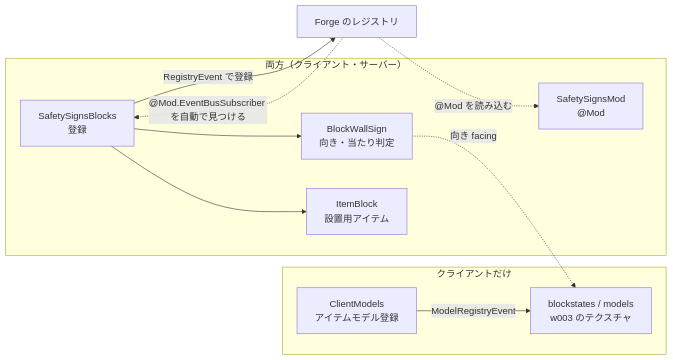
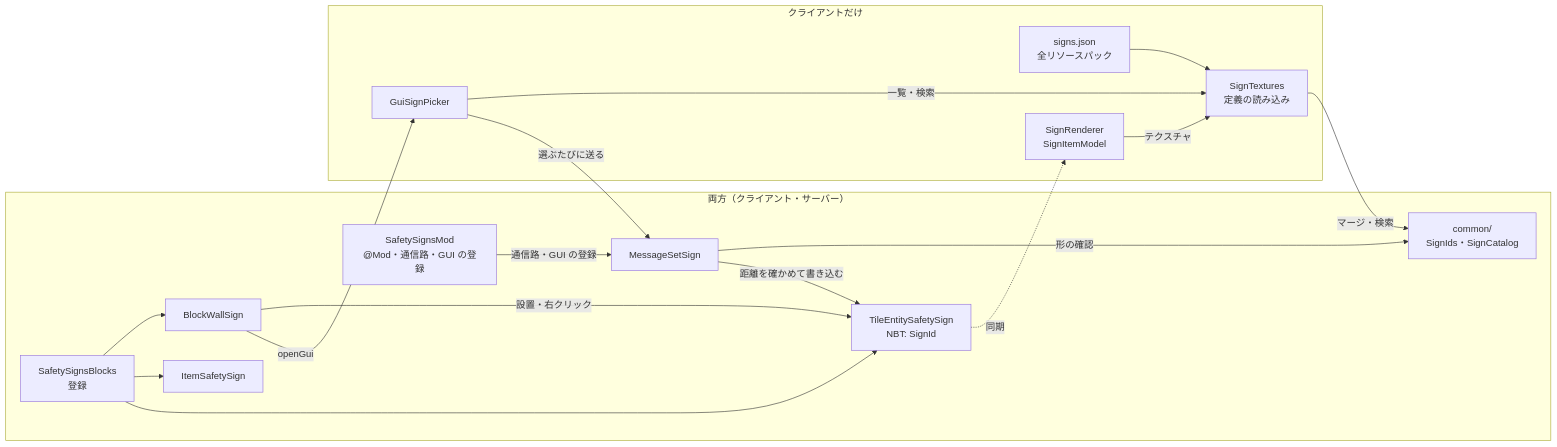
The first of 2 diagrams in doc/architecture.md (zeusisgood/safetysigns), drawn with Mermaid before and after one commit. The commit also changed other lines of this file and 49 other files, not shown here.

First line of the commit message:
Add sign definitions, sign NBT and the pattern picker GUI

````diff
--- a/doc/architecture.md
+++ b/doc/architecture.md
@@ -20,21 +28,32 @@
 ```mermaid
 flowchart LR
     subgraph Both["両方（クライアント・サーバー）"]
-        Mod["SafetySignsMod<br/>@Mod"]
+        Mod["SafetySignsMod<br/>@Mod・通信路・GUI の登録"]
         Reg["SafetySignsBlocks<br/>登録"]
-        Block["BlockWallSign<br/>向き・当たり判定"]
-        Item["ItemBlock<br/>設置用アイテム"]
+        Block["BlockWallSign"]
+        Item["ItemSafetySign"]
+        TE["TileEntitySafetySign<br/>NBT: SignId"]
+        Msg["MessageSetSign"]
+        Common["common/<br/>SignIds・SignCatalog"]
     end
     subgraph Client["クライアントだけ"]
-        Models["ClientModels<br/>アイテムモデル登録"]
-        Assets["blockstates / models<br/>w003 のテクスチャ"]
+        Tex["SignTextures<br/>定義の読み込み"]
+        Json["signs.json<br/>全リソースパック"]
+        Render["SignRenderer<br/>SignItemModel"]
+        Gui["GuiSignPicker"]
     end
-    Forge["Forge のレジストリ"]
-    Forge -. "@Mod.EventBusSubscriber を自動で見つける" .-> Reg
-    Forge -. "@Mod を読み込む" .-> Mod
-    Reg -- RegistryEvent で登録 --> Forge
+    Mod -- 通信路・GUI の登録 --> Msg
     Reg --> Block
     Reg --> Item
-    Models -- ModelRegistryEvent --> Assets
-    Block -. 向き facing .-> Assets
+    Reg --> TE
+    Block -- 設置・右クリック --> TE
+    Block -- openGui --> Gui
+    Json --> Tex
+    Tex -- マージ・検索 --> Common
+    Gui -- 一覧・検索 --> Tex
+    Gui -- 選ぶたびに送る --> Msg
+    Msg -- 形の確認 --> Common
+    Msg -- 距離を確かめて書き込む --> TE
+    TE -. 同期 .-> Render
+    Render -- テクスチャ --> Tex
 ```
````
